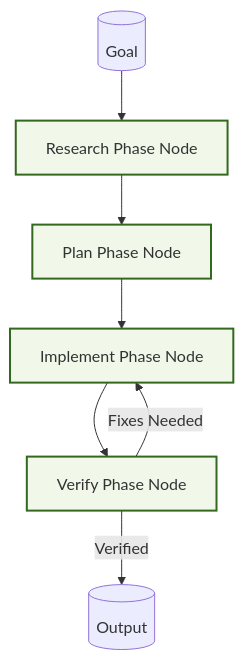
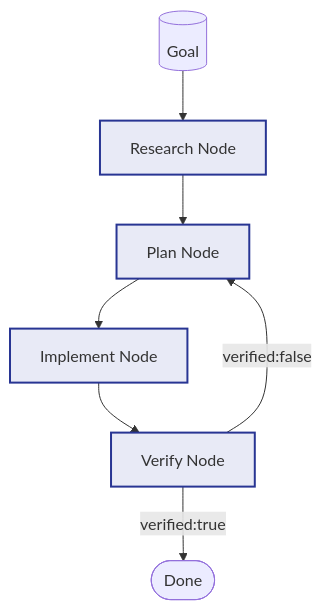
The diagram in examples/RPI.md (EzekTec-Inc/AgentFlow), drawn with Mermaid before and after one commit. The commit also changed other lines of this file and 23 other files, not shown here.

````diff
--- a/examples/RPI.md
+++ b/examples/RPI.md
@@ -19,12 +30,12 @@
 ```mermaid
 graph TD
-    Goal[(Goal)] --> Research[Research Phase Node]
-    Research --> Plan[Plan Phase Node]
-    Plan --> Implement[Implement Phase Node]
-    Implement --> Eval[Verify Phase Node]
-    Eval -->|Fixes Needed| Implement
-    Eval -->|Verified| Final[(Output)]
-    
-    classDef rpi fill:#f1f8e9,stroke:#33691e,stroke-width:2px;
-    class Research,Plan,Implement,Eval rpi;
+    Goal[(Goal)] --> Research[Research Node]
+    Research --> Plan[Plan Node]
+    Plan --> Implement[Implement Node]
+    Implement --> Verify[Verify Node]
+    Verify -->|verified:true| Done([Done])
+    Verify -->|verified:false| Plan
+
+    classDef rpi fill:#e8eaf6,stroke:#283593,stroke-width:2px;
+    class Research,Plan,Implement,Verify rpi;
 ```
````
